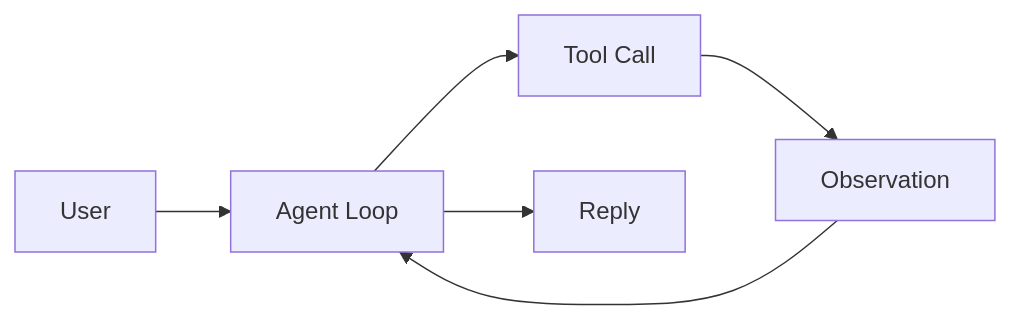
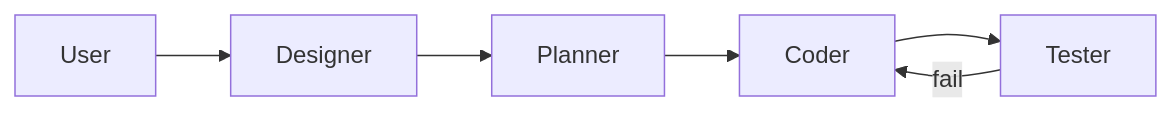
Before and after one commit to VV-noob/VV: the diagram in README.md, drawn with Mermaid. The commit also changed other lines of this file and 11 other files, not shown here.

````diff
--- a/README.md
+++ b/README.md
@@ -7,8 +7,8 @@
 ```mermaid
 flowchart LR
-    U[User] --> A[Agent Loop]
-    A --> T[Tool Call]
-    T --> O[Observation]
-    O --> A
-    A --> R[Reply]
+    U[User] --> D[Designer]
+    D --> P[Planner]
+    P --> C[Coder]
+    C --> T[Tester]
+    T -->|fail| C
 ```
````
